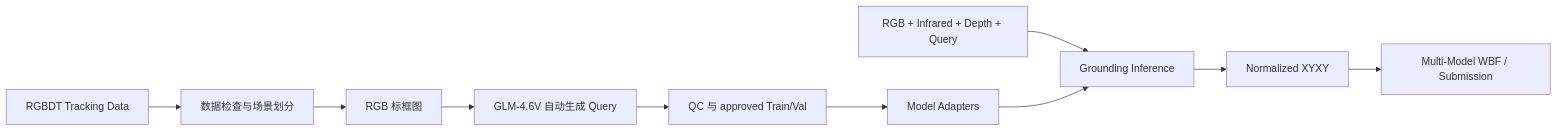
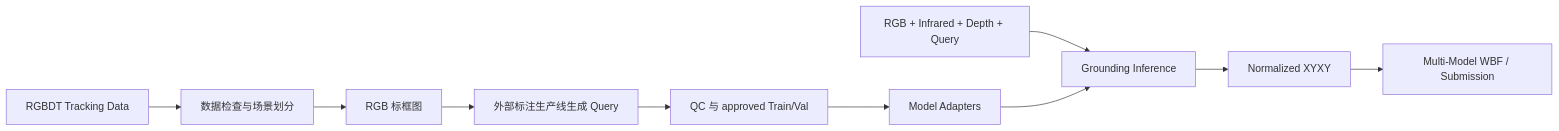
One commit to FanGou-code/aicomp-multimodal-grounding changed the diagram in README.md. Above: the diagram before and after it, drawn with Mermaid. The commit also changed other lines of this file and 15 other files, not shown here.

````diff
--- a/README.md
+++ b/README.md
@@ -19,12 +19,12 @@
 ```mermaid
 flowchart LR
     A["RGBDT Tracking Data"] --> B["数据检查与场景划分"]
     B --> C["RGB 标框图"]
-    C --> D["GLM-4.6V 自动生成 Query"]
+    C --> D["外部标注生产线生成 Query"]
     D --> E["QC 与 approved Train/Val"]
     E --> F["Model Adapters"]
     G["RGB + Infrared + Depth + Query"] --> H["Grounding Inference"]
     F --> H
     H --> I["Normalized XYXY"]
     I --> J["Multi-Model WBF / Submission"]
 ```
````
